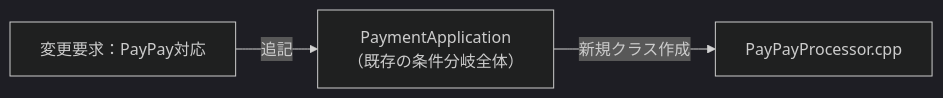
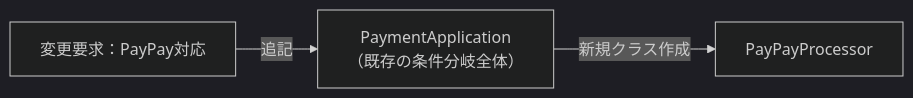
The second of 5 diagrams in kindle/design-patterns/output/chapter08.md (kumachan1101-pixel/DesignPattern), drawn with Mermaid (dark theme) before and after one commit. The commit also changed other lines of this file and 8 other files, not shown here.

````diff
--- a/kindle/design-patterns/output/chapter08.md
+++ b/kindle/design-patterns/output/chapter08.md
@@ -284,5 +282,5 @@
 ```mermaid
 graph LR
     T1["変更要求：PayPay対応"] -->|"追記"| A["PaymentApplication<br>（既存の条件分岐全体）"]
-    A -->|"新規クラス作成"| B["PayPayProcessor.cpp"]
+    A -->|"新規クラス作成"| B["PayPayProcessor"]
 ```
````
